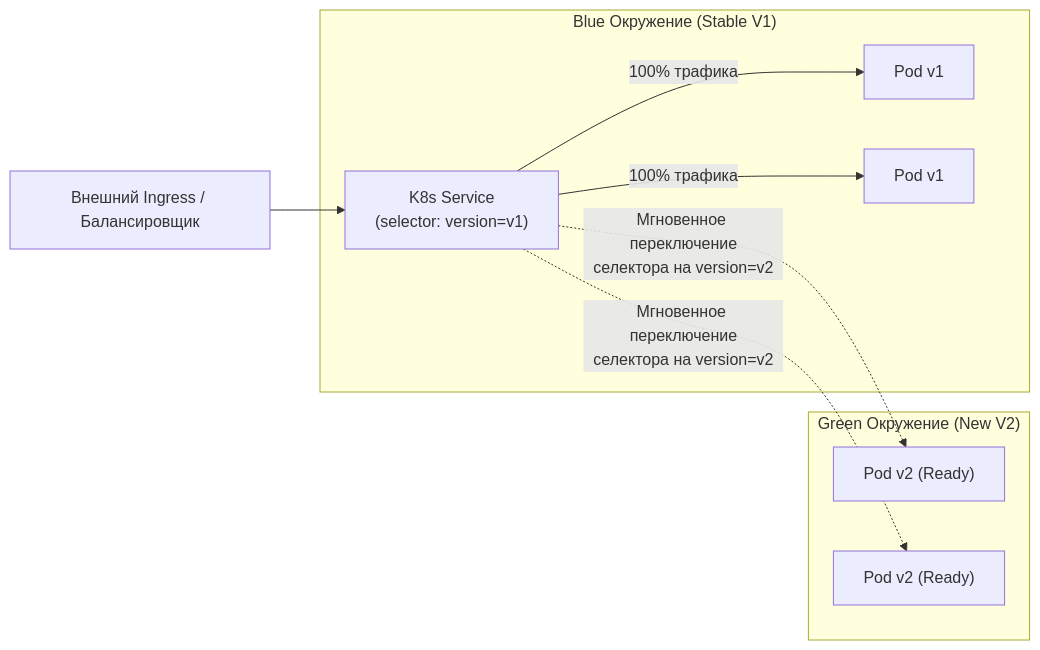
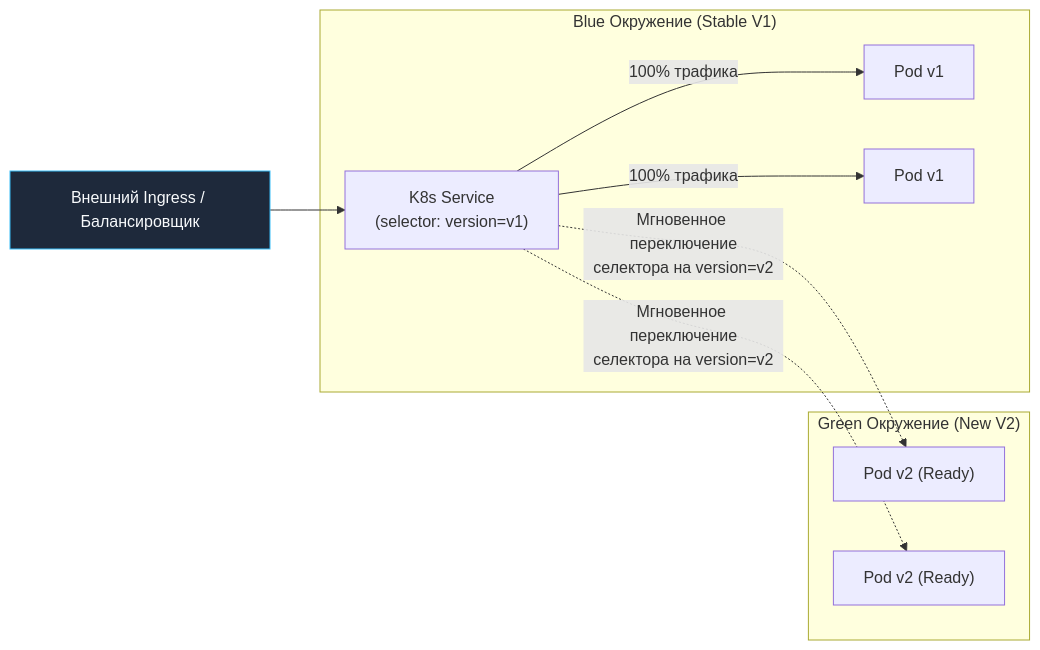
Before and after one commit to UnrealTemplier/go-textbook: the first of 3 diagrams in sources/19. Инфраструктура. Linux, nginx, Docker, Kubernetes/05. Практика/3. Canary и blue green deploy.md, drawn with Mermaid. The commit also changed other lines of this file and 1666 other files, not shown here.

First line of the commit message:
feat(mermaid): add semantic color classDef to 1369 colorless flowchart/graph diagrams

````diff
--- a/sources/19. Инфраструктура. Linux, nginx, Docker, Kubernetes/05. Практика/3. Canary и blue green deploy.md
+++ b/sources/19. Инфраструктура. Linux, nginx, Docker, Kubernetes/05. Практика/3. Canary и blue green deploy.md
@@ -23,17 +23,27 @@
 ```mermaid
 flowchart LR
-    Ingress["Внешний Ingress / Балансировщик"] --> Svc["K8s Service\n(selector: version=v1)"]
+    classDef process  fill:#1e293b,stroke:#38bdf8,stroke-width:1px,color:#f8fafc
+    classDef success  fill:#064e3b,stroke:#34d399,stroke-width:1px,color:#f8fafc
+    classDef error    fill:#7f1d1d,stroke:#f87171,stroke-width:1px,color:#f8fafc
+    classDef warning  fill:#78350f,stroke:#fbbf24,stroke-width:1px,color:#f8fafc
+    classDef entry    fill:#1e3a5f,stroke:#38bdf8,stroke-width:2px,color:#f8fafc
+    classDef aux      fill:#334155,stroke:#64748b,stroke-width:1px,color:#f8fafc
+    classDef system   fill:#312e81,stroke:#a78bfa,stroke-width:1px,color:#f8fafc
+    classDef data     fill:#132d29,stroke:#2dd4bf,stroke-width:1px,color:#f8fafc
+    classDef network  fill:#881337,stroke:#fb7185,stroke-width:1px,color:#f8fafc
+    classDef accent   fill:#1e1b4b,stroke:#818cf8,stroke-width:1px,color:#f8fafc
+    Ingress["Внешний Ingress / Балансировщик"]:::process --> Svc["K8s Service\n(selector: version=v1)"]
     
     subgraph BlueEnv["Blue Окружение (Stable V1)"]
         Svc -->|"100% трафика"| P1["Pod v1"]
         Svc -->|"100% трафика"| P2["Pod v1"]
     end
     
     subgraph GreenEnv["Green Окружение (New V2)"]
         P3["Pod v2 (Ready)"]
         P4["Pod v2 (Ready)"]
     end
     
     Svc -.->|"Мгновенное переключение<br>селектора на version=v2"| P3
     Svc -.->|"Мгновенное переключение<br>селектора на version=v2"| P4
 ```
````
